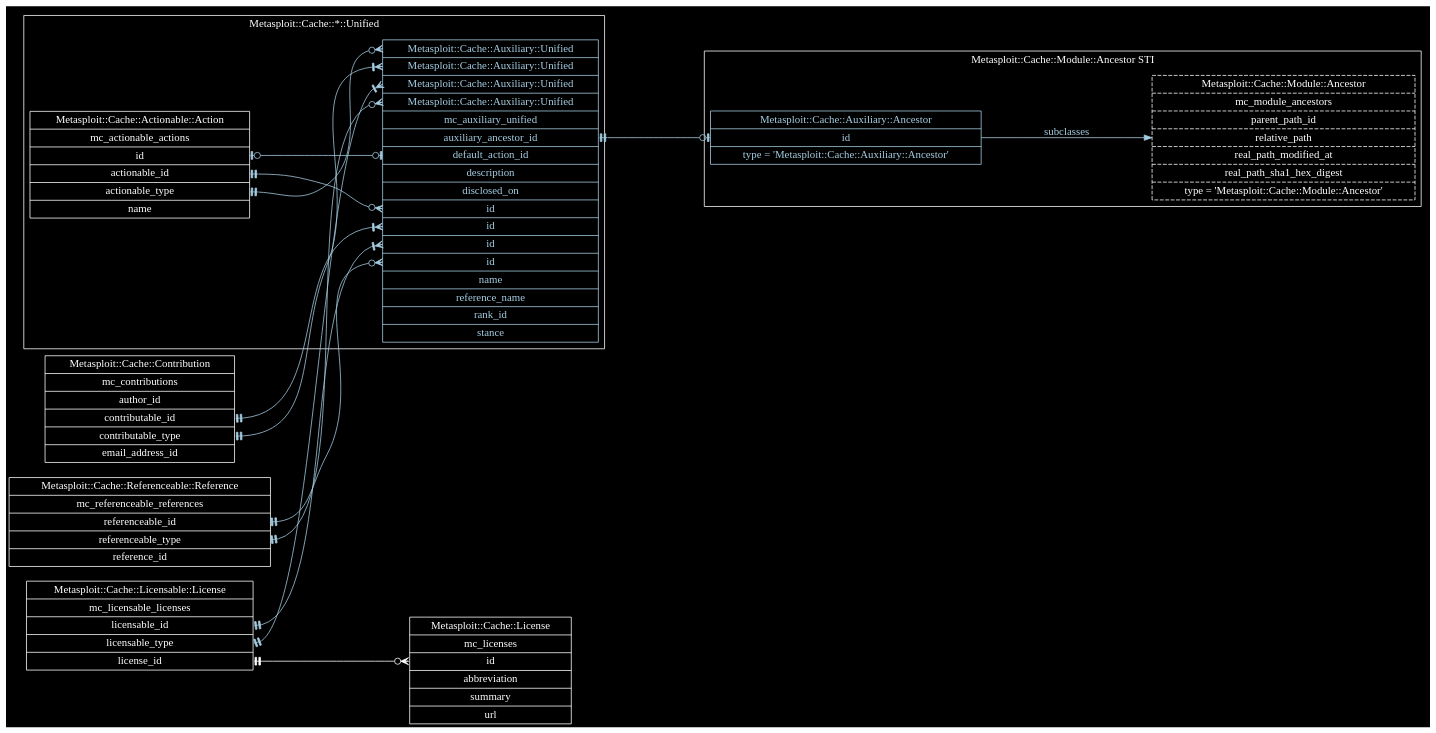
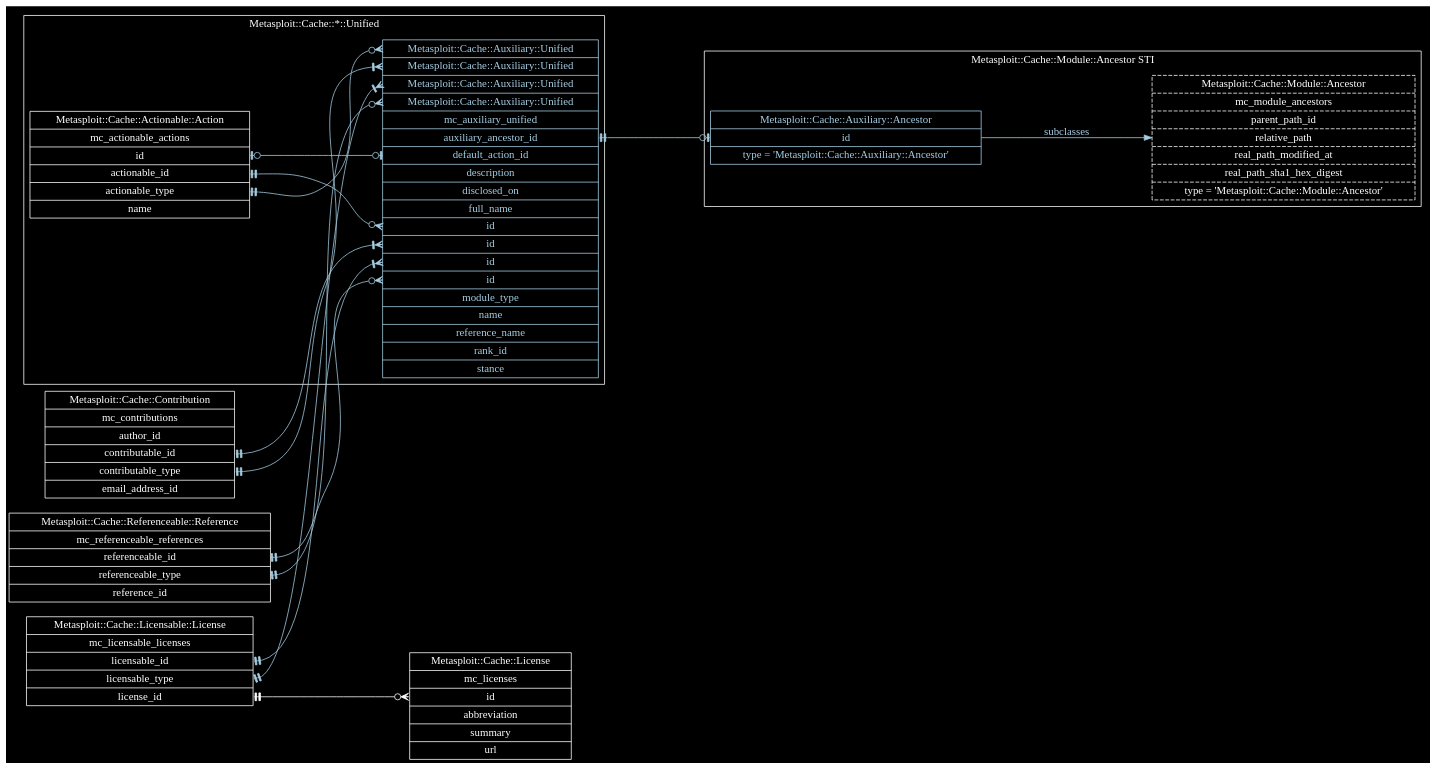
The diagram in docs/metasploit-cache-read-model.dot (rapid7/metasploit-cache), drawn with Graphviz before and after one commit.

Commit message:
Add module_type and full_name to Auxiliary::Unified
MSP-12192

Denormalized fields will be needed for querying.

```diff
--- a/docs/metasploit-cache-read-model.dot
+++ b/docs/metasploit-cache-read-model.dot
@@ -1,147 +1,147 @@
 digraph "Metasploit::Cache Read Model" {
   edge [
     color = "white"
     fontcolor = "white"
   ]
   graph [
     bgcolor = "black"
     rankdir = "LR"
     ranksep = "2"
   ]
   node [
     color = "white"
     fontcolor = "white"
     shape = "record"
   ]
 
   "Metasploit::Cache::Actionable::Action" [
     label = "Metasploit::Cache::Actionable::Action | mc_actionable_actions | <id>id | <actionable_id>actionable_id | <actionable_type>actionable_type | name"
   ]
 
   "Metasploit::Cache::Actionable::Action":actionable_id -> "Metasploit::Cache::Auxiliary::Unified":id_for_actionable_id [
     arrowhead = "crowodot"
     arrowtail = "teetee"
     color = "/paired9/1"
     dir = "both"
   ]
 
   "Metasploit::Cache::Actionable::Action":actionable_type -> "Metasploit::Cache::Auxiliary::Unified":type_for_actionable_type [
     arrowhead = "crowodot"
     arrowtail = "teetee"
     color = "/paired9/1"
     dir = "both"
   ]
 
   "Metasploit::Cache::Contribution" [
     label = "Metasploit::Cache::Contribution | mc_contributions | author_id | <contributable_id>contributable_id | <contributable_type>contributable_type | email_address_id"
   ]
 
   "Metasploit::Cache::Contribution":contributable_id -> "Metasploit::Cache::Auxiliary::Unified":id_for_contributable_id [
     arrowhead = "crowtee"
     arrowtail = "teetee"
     color = "/paired9/1"
     dir = "both"
   ]
 
   "Metasploit::Cache::Contribution":contributable_type -> "Metasploit::Cache::Auxiliary::Unified":type_for_contributable_type [
     arrowhead = "crowtee"
     arrowtail = "teetee"
     color = "/paired9/1"
     dir = "both"
   ]
 
   "Metasploit::Cache::License" [
     label = "Metasploit::Cache::License | mc_licenses | <id>id | abbreviation | summary | url"
   ]
 
   "Metasploit::Cache::Licensable::License" [
     label = "Metasploit::Cache::Licensable::License | mc_licensable_licenses | <licensable_id>licensable_id | <licensable_type>licensable_type | <license_id>license_id"
   ]
 
   "Metasploit::Cache::Licensable::License":licensable_id -> "Metasploit::Cache::Auxiliary::Unified":id_for_licensable_id [
     arrowhead = "crowtee"
     arrowtail = "teetee"
     color = "/paired9/1"
     dir = "both"
   ]
 
   "Metasploit::Cache::Licensable::License":licensable_type -> "Metasploit::Cache::Auxiliary::Unified":type_for_licensable_type [
     arrowhead = "crowtee"
     arrowtail = "teetee"
     color = "/paired9/1"
     dir = "both"
   ]
 
   "Metasploit::Cache::Licensable::License":license_id -> "Metasploit::Cache::License":id [
     arrowhead = "crowodot"
     arrowtail = "teetee"
     dir = "both"
   ]
 
   "Metasploit::Cache::Referenceable::Reference" [
     label = "Metasploit::Cache::Referenceable::Reference | mc_referenceable_references | <referenceable_id>referenceable_id | <referenceable_type>referenceable_type | reference_id"
   ]
 
   "Metasploit::Cache::Referenceable::Reference":referenceable_id -> "Metasploit::Cache::Auxiliary::Unified":id_for_referenceable_id [
     arrowhead = "crowodot"
     arrowtail = "teetee"
     color = "/paired9/1"
     dir = "both"
   ]
 
   "Metasploit::Cache::Referenceable::Reference":referenceable_type -> "Metasploit::Cache::Auxiliary::Unified":type_for_referenceable_type [
     arrowhead = "crowodot"
     arrowtail = "teetee"
     color = "/paired9/1"
     dir = "both"
   ]
 
   subgraph cluster_mc_module_ancestors {
     color = "white"
     fontcolor = "white"
     label = "Metasploit::Cache::Module::Ancestor STI"
 
     "Metasploit::Cache::Module::Ancestor" [
       label = "Metasploit::Cache::Module::Ancestor | mc_module_ancestors | parent_path_id | relative_path | real_path_modified_at | real_path_sha1_hex_digest | type = 'Metasploit::Cache::Module::Ancestor'"
       style = "dashed"
     ]
 
     "Metasploit::Cache::Auxiliary::Ancestor" [
       fontcolor = "/paired9/1"
       label = "Metasploit::Cache::Auxiliary::Ancestor | <id>id | type = 'Metasploit::Cache::Auxiliary::Ancestor'"
       color = "/paired9/1"
     ]
 
     "Metasploit::Cache::Auxiliary::Ancestor" -> "Metasploit::Cache::Module::Ancestor" [
       color = "/paired9/1"
       fontcolor = "/paired9/1"
       label = "subclasses"
     ]
   }
 
   subgraph cluster_metasploit_cache_unified {
     color = "white"
     fontcolor = "white"
     label = "Metasploit::Cache::*::Unified"
 
     "Metasploit::Cache::Auxiliary::Unified" [
       color = "/paired9/1"
       fontcolor = "/paired9/1"
-      label = "<type_for_actionable_type>Metasploit::Cache::Auxiliary::Unified | <type_for_contributable_type>Metasploit::Cache::Auxiliary::Unified | <type_for_licensable_type>Metasploit::Cache::Auxiliary::Unified | <type_for_referenceable_type>Metasploit::Cache::Auxiliary::Unified | mc_auxiliary_unified | <auxiliary_ancestor_id>auxiliary_ancestor_id | <default_action_id>default_action_id | description | disclosed_on | <id_for_actionable_id>id | <id_for_contributable_id>id | <id_for_licensable_id>id | <id_for_referenceable_id>id | name | reference_name | rank_id | stance"
+      label = "<type_for_actionable_type>Metasploit::Cache::Auxiliary::Unified | <type_for_contributable_type>Metasploit::Cache::Auxiliary::Unified | <type_for_licensable_type>Metasploit::Cache::Auxiliary::Unified | <type_for_referenceable_type>Metasploit::Cache::Auxiliary::Unified | mc_auxiliary_unified | <auxiliary_ancestor_id>auxiliary_ancestor_id | <default_action_id>default_action_id | description | disclosed_on | full_name | <id_for_actionable_id>id | <id_for_contributable_id>id | <id_for_licensable_id>id | <id_for_referenceable_id>id | module_type | name | reference_name | rank_id | stance"
     ]
 
     "Metasploit::Cache::Auxiliary::Unified":auxiliary_ancestor_id -> "Metasploit::Cache::Auxiliary::Ancestor":id [
       arrowhead = "teeodot"
       arrowtail = "teetee"
       color = "/paired9/1"
       dir = "both"
     ]
 
     "Metasploit::Cache::Auxiliary::Unified":default_action_id -> "Metasploit::Cache::Actionable::Action":id [
       arrowhead = "teeodot"
       arrowtail = "teeodot"
       color = "/paired9/1"
       dir = "both"
     ]
   }
 }
```
